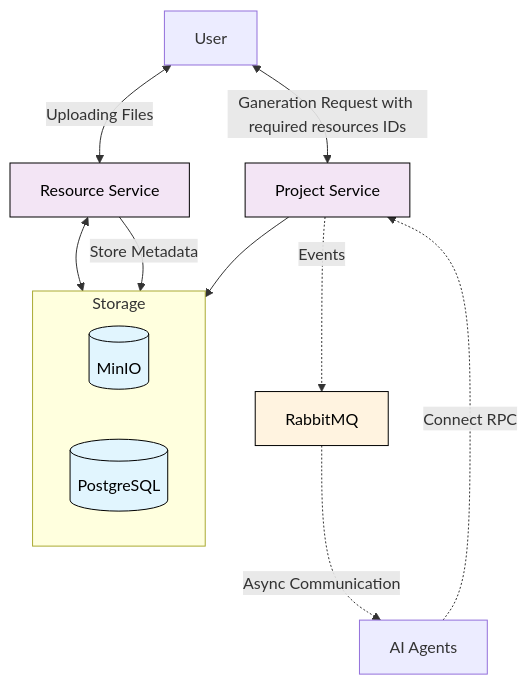
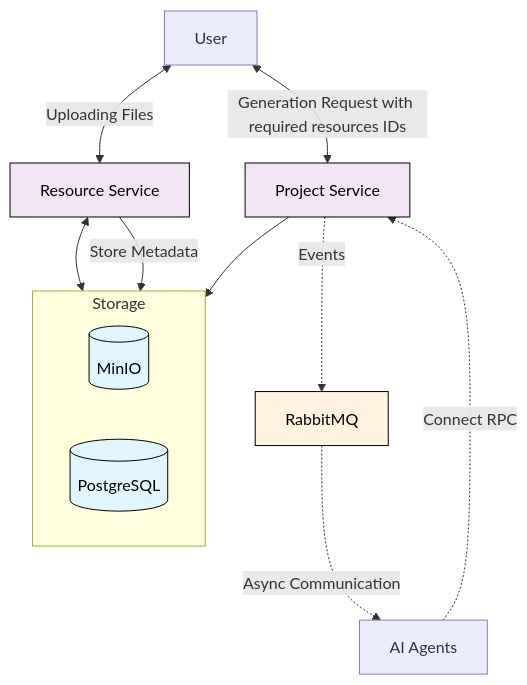
Before and after one commit to KhalidAlansary/defense-against-the-dark-arts: the second of 9 diagrams in slides.md, drawn with Mermaid. The commit also changed other lines of this file, not shown here.

````diff
--- a/slides.md
+++ b/slides.md
@@ -412,38 +412,38 @@
 ```mermaid {scale:0.62}
 %%{init: {"flowchart": {"curve":"basis","nodeSpacing":50,"rankSpacing":50}}}%%
 flowchart TD
 
     U[User]
 
     PS[Project Service]
     RS[Resource Service]
     AI[AI Agents]
     MQ[RabbitMQ]
     subgraph STORAGE [Storage]
       direction LR
       M[(MinIO)]
       DB[(PostgreSQL)]
     end
 
     U <-->|Uploading Files| RS
     RS <--> M 
     RS -->|Store Metadata| DB 
     
-    U <-->|Ganeration Request with required resources IDs| PS
+    U <-->|Generation Request with required resources IDs| PS
     PS -. Events .-> MQ
 
 
     PS --> DB
 
     MQ -. Async Communication .-> AI
     AI -. Connect RPC .-> PS
 
 
     classDef storage fill:#e1f5fe,stroke:#000,color:#000
     classDef service fill:#f3e5f5,stroke:#000,color:#000
     classDef messaging fill:#fff3e0,stroke:#000,color:#000
 
     class M,DB storage
     class PS,RS service
     class MQ messaging
 ```
````
